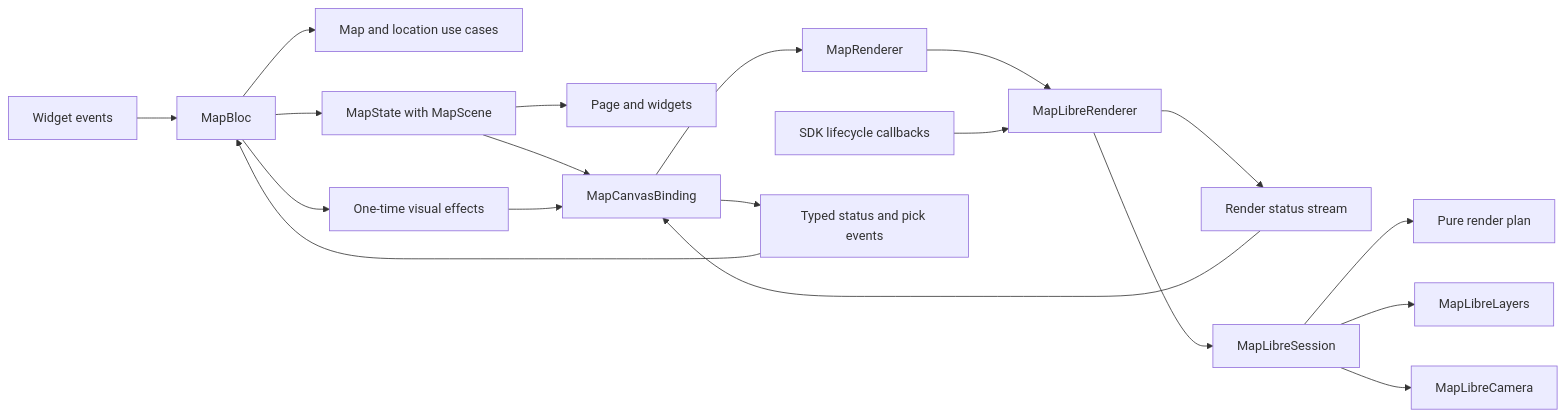
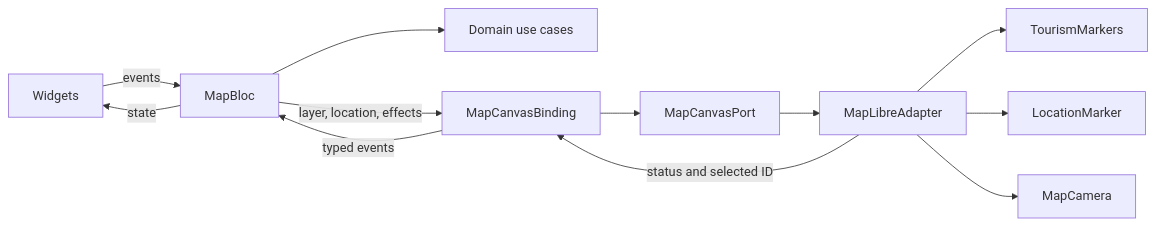
Before and after one commit to fajarxfce/test-mapid: the diagram in docs/map-architecture.md, drawn with Mermaid. The commit also changed other lines of this file and 48 other files, not shown here.

Commit message:
refactor(map): replace scene rendering with annotation canvas

````diff
--- a/docs/map-architecture.md
+++ b/docs/map-architecture.md
@@ -17,21 +7,14 @@
 ```mermaid
 flowchart LR
-    UI[Widget events] --> Bloc[MapBloc]
-    Bloc --> UseCases[Map and location use cases]
-    Bloc --> State[MapState with MapScene]
-    State --> Widgets[Page and widgets]
-    Bloc --> Effects[One-time visual effects]
-    State --> Binding[MapCanvasBinding]
-    Effects --> Binding
-    Binding --> Port[MapRenderer]
-    Port --> Adapter[MapLibreRenderer]
-    Native[SDK lifecycle callbacks] --> Adapter
-    Adapter --> Status[Render status stream]
-    Status --> Binding
-    Binding --> Events[Typed status and pick events]
-    Events --> Bloc
-    Adapter --> Session[MapLibreSession]
-    Session --> Plan[Pure render plan]
-    Session --> Layers[MapLibreLayers]
-    Session --> Camera[MapLibreCamera]
+    Widgets -->|events| Bloc[MapBloc]
+    Bloc --> UseCases[Domain use cases]
+    Bloc -->|state| Widgets
+    Bloc -->|layer, location, effects| Binding[MapCanvasBinding]
+    Binding --> Port[MapCanvasPort]
+    Port --> Adapter[MapLibreAdapter]
+    Adapter --> Places[TourismMarkers]
+    Adapter --> Location[LocationMarker]
+    Adapter --> Camera[MapCamera]
+    Adapter -->|status and selected ID| Binding
+    Binding -->|typed events| Bloc
 ```
````
